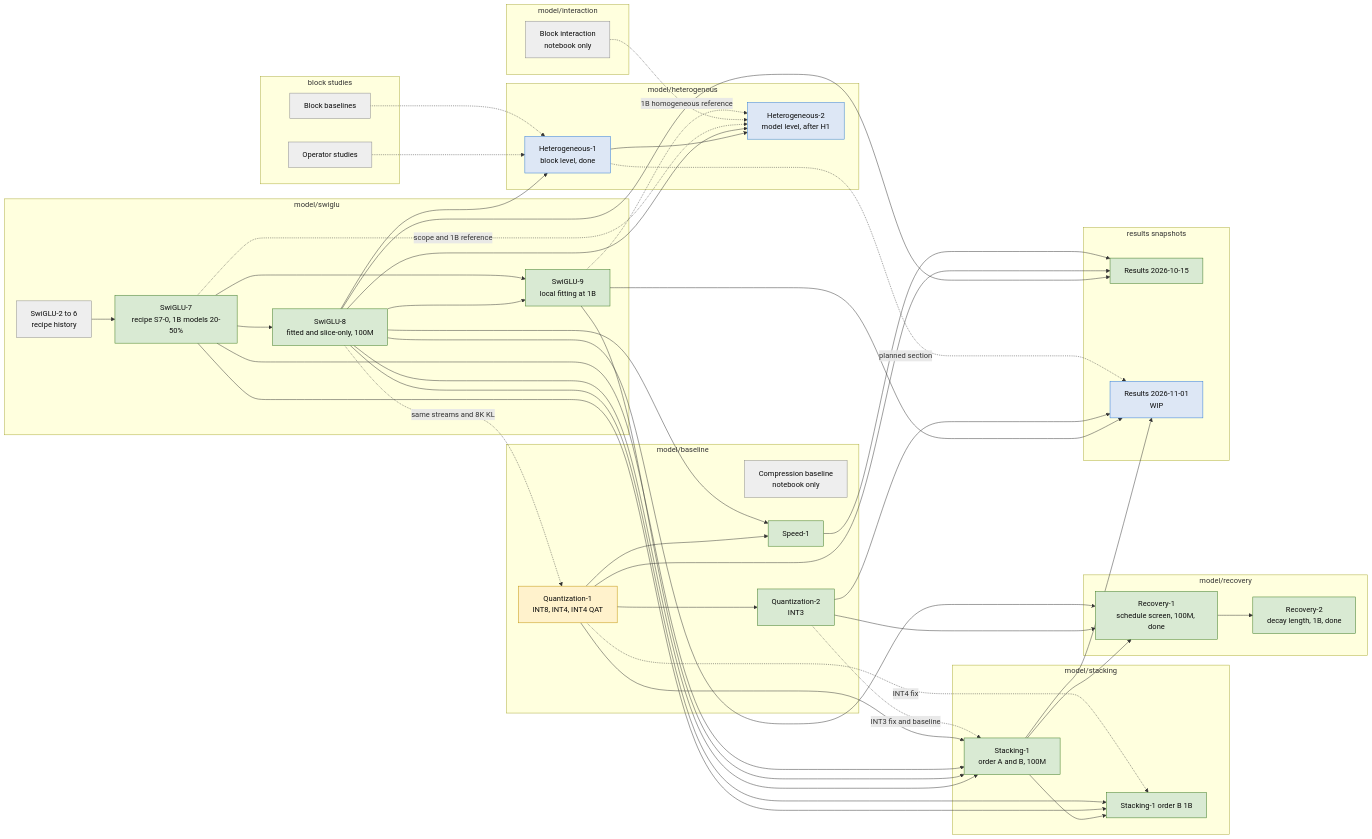
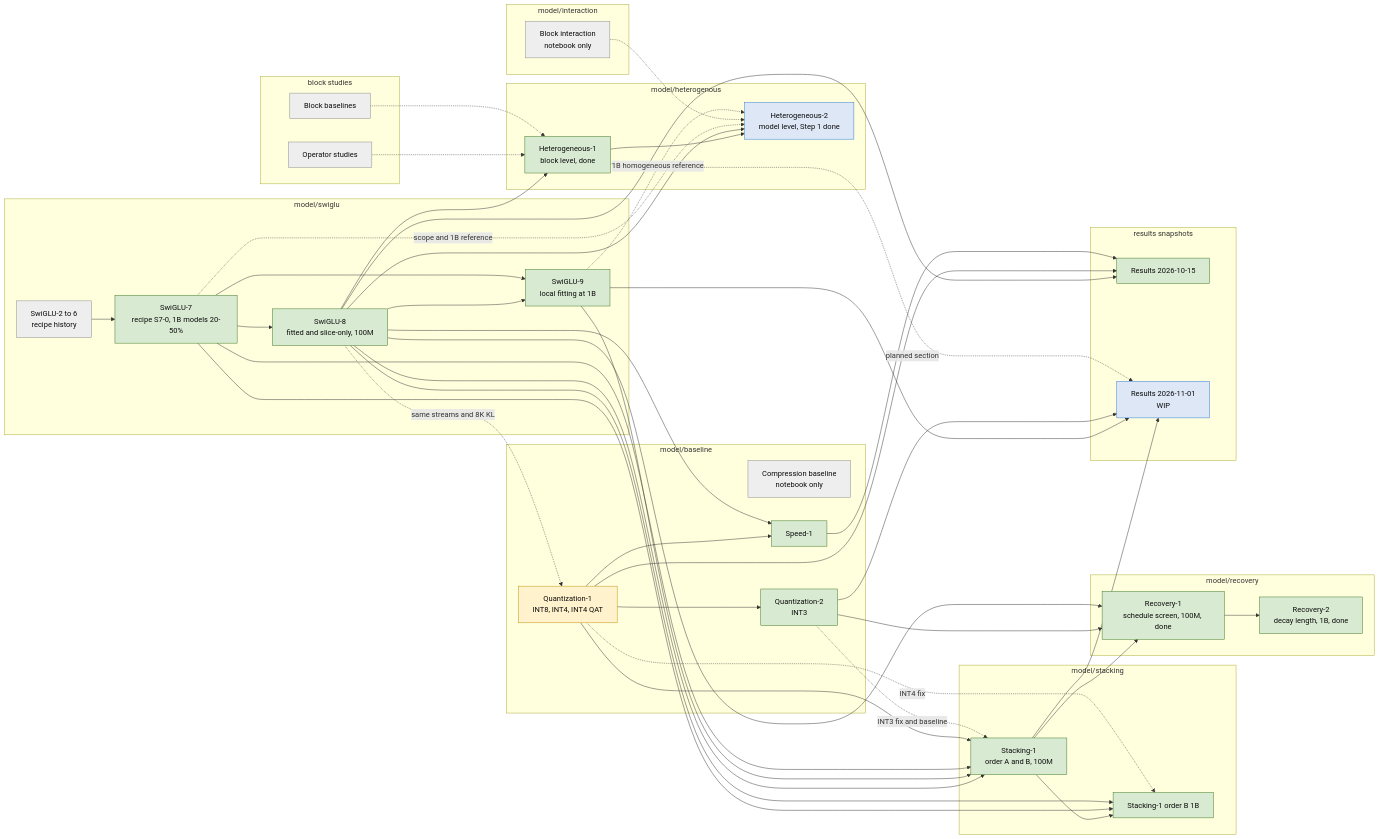
The second of 2 diagrams in docs/experiments/dependencies.md (Sammuel21/diploma-thesis-block-replacement), drawn with Mermaid before and after one commit. The commit also changed other lines of this file and 11 other files, not shown here.

````diff
--- a/docs/experiments/dependencies.md
+++ b/docs/experiments/dependencies.md
@@ -33,77 +33,77 @@
 ```mermaid
 flowchart LR
   classDef done fill:#d9ead3,stroke:#38761d,color:#0b0b0b
   classDef running fill:#fff2cc,stroke:#bf9000,color:#0b0b0b
   classDef planned fill:#dde7f5,stroke:#2a78d6,color:#0b0b0b
   classDef historical fill:#eeeeee,stroke:#888888,color:#0b0b0b
 
   subgraph block[block studies]
     BB[Block baselines]
     BO[Operator studies]
   end
   subgraph swiglu[model/swiglu]
     S26[SwiGLU-2 to 6<br/>recipe history] --> S7[SwiGLU-7<br/>recipe S7-0, 1B models 20-50%]
     S7 --> S8[SwiGLU-8<br/>fitted and slice-only, 100M]
     S8 --> S9[SwiGLU-9<br/>local fitting at 1B]
     S7 --> S9
   end
   subgraph baseline[model/baseline]
     CB[Compression baseline<br/>notebook only]
     Q1[Quantization-1<br/>INT8, INT4, INT4 QAT]
     Q2[Quantization-2<br/>INT3]
     SP1[Speed-1]
     Q1 --> Q2
   end
   subgraph stacking[model/stacking]
     ST1[Stacking-1<br/>order A and B, 100M]
     ST1B[Stacking-1 order B 1B]
     ST1 --> ST1B
   end
   subgraph interaction[model/interaction]
     BI[Block interaction<br/>notebook only]
   end
   subgraph hetero[model/heterogenous]
-    H1[Heterogeneous-1<br/>block level, done] --> H2[Heterogeneous-2<br/>model level, after H1]
+    H1[Heterogeneous-1<br/>block level, done] --> H2[Heterogeneous-2<br/>model level, Step 1 done]
   end
   subgraph recovery[model/recovery]
     RC1[Recovery-1<br/>schedule screen, 100M, done] --> RC2[Recovery-2<br/>decay length, 1B, done]
   end
   Q2 --> RC1
   ST1 --> RC1
   S8 --> RC1
   subgraph reports[results snapshots]
     R1[Results 2026-10-15]
     R2[Results 2026-11-01<br/>WIP]
   end
 
   S8 -. same streams and 8K KL .-> Q1
   S8 --> ST1
   S9 --> ST1
   S7 --> ST1
   Q1 --> ST1
   Q2 -. INT3 fix and baseline .-> ST1
   S7 --> ST1B
   S8 --> ST1B
   Q1 -. INT4 fix .-> ST1B
   Q1 --> SP1
   S8 --> SP1
   BO -.-> H1
   BB -.-> H1
   S8 --> H1
   S8 --> H2
   S7 -. scope and 1B reference .-> H2
   BI -.-> H2
   S9 -. 1B homogeneous reference .-> H2
   S8 --> R1
   Q1 --> R1
   SP1 --> R1
   S9 --> R2
   ST1 --> R2
   Q2 --> R2
   H1 -. planned section .-> R2
 
-  class S7,S8,S9,Q2,SP1,R1,ST1,ST1B,RC1,RC2 done
+  class S7,S8,S9,Q2,SP1,R1,ST1,ST1B,RC1,RC2,H1 done
   class Q1 running
-  class H1,H2,R2 planned
+  class H2,R2 planned
   class S26,BB,BO,CB,BI historical
 ```
````
